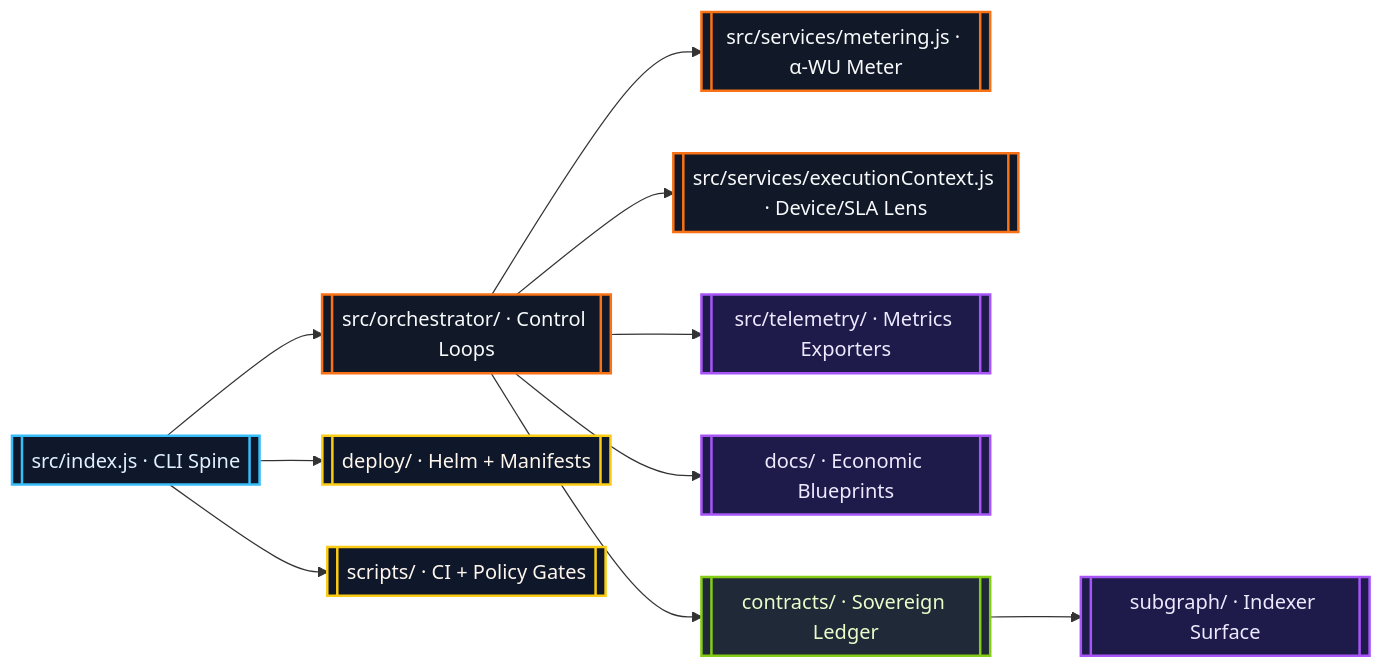
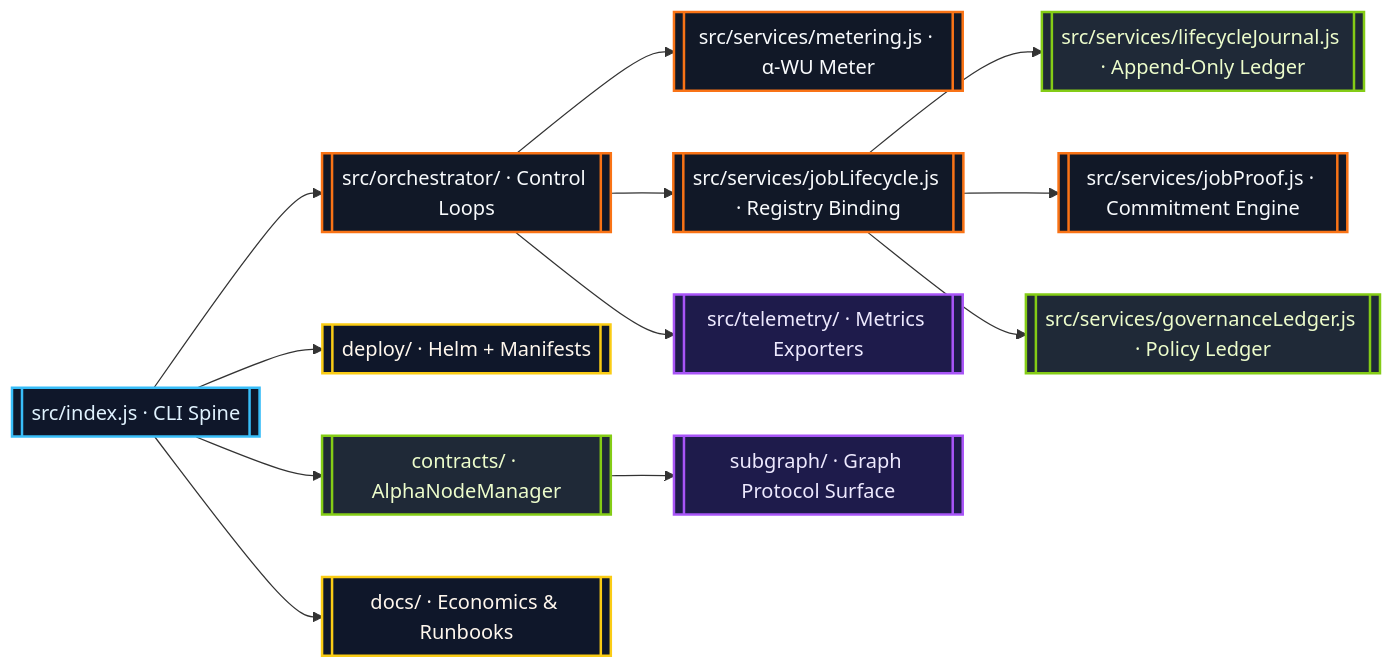
Before and after one commit to MontrealAI/AGI-Alpha-Node-v0: the first of 4 diagrams in README.md, drawn with Mermaid. The commit also changed other lines of this file and 4 other files, not shown here.

Commit message:
Embed alpha WU metrics into proofs and ledger

````diff
--- a/README.md
+++ b/README.md
@@ -74,18 +71,20 @@
 ```mermaid
 flowchart LR
   classDef runtime fill:#0f172a,stroke:#38bdf8,stroke-width:2px,color:#e0f2fe;
   classDef service fill:#111827,stroke:#f97316,stroke-width:2px,color:#f8fafc;
   classDef ledger fill:#1f2937,stroke:#84cc16,stroke-width:2px,color:#ecfccb;
   classDef telemetry fill:#1e1b4b,stroke:#a855f7,stroke-width:2px,color:#ede9fe;
   classDef ops fill:#0f172a,stroke:#facc15,stroke-width:2px,color:#fff7ed;
 
   Runtime[[src/index.js · CLI Spine]]:::runtime --> Orchestrator[[src/orchestrator/ · Control Loops]]:::service
   Orchestrator --> Metering[[src/services/metering.js · α-WU Meter]]:::service
-  Orchestrator --> ExecutionContext[[src/services/executionContext.js · Device/SLA Lens]]:::service
+  Orchestrator --> Lifecycle[[src/services/jobLifecycle.js · Registry Binding]]:::service
+  Lifecycle --> Journal[[src/services/lifecycleJournal.js · Append-Only Ledger]]:::ledger
+  Lifecycle --> Proofs[[src/services/jobProof.js · Commitment Engine]]:::service
+  Lifecycle --> Governance[[src/services/governanceLedger.js · Policy Ledger]]:::ledger
   Orchestrator --> Telemetry[[src/telemetry/ · Metrics Exporters]]:::telemetry
-  Orchestrator --> Docs[[docs/ · Economic Blueprints]]:::telemetry
-  Orchestrator --> Contracts[[contracts/ · Sovereign Ledger]]:::ledger
   Runtime --> Deploy[[deploy/ · Helm + Manifests]]:::ops
-  Runtime --> Scripts[[scripts/ · CI + Policy Gates]]:::ops
-  Contracts --> Subgraph[[subgraph/ · Indexer Surface]]:::telemetry
+  Runtime --> Contracts[[contracts/ · AlphaNodeManager]]:::ledger
+  Contracts --> Subgraph[[subgraph/ · Graph Protocol Surface]]:::telemetry
+  Runtime --> Docs[[docs/ · Economics & Runbooks]]:::ops
 ```
````
